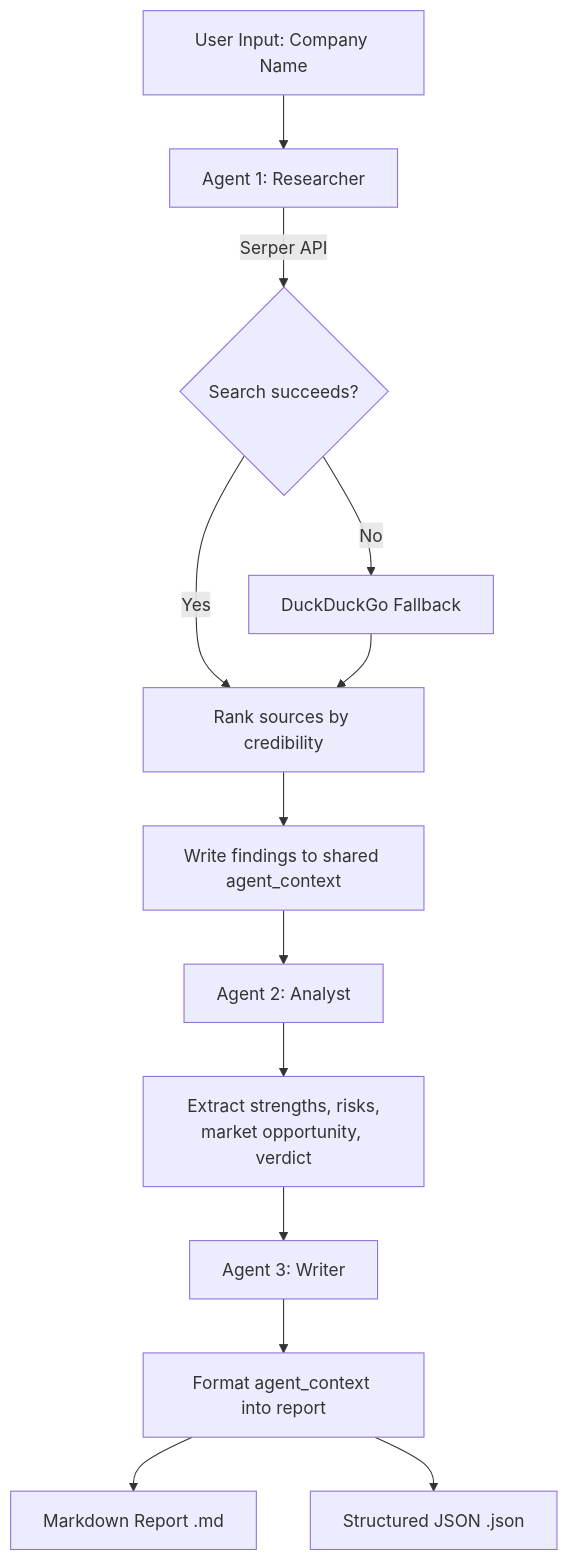
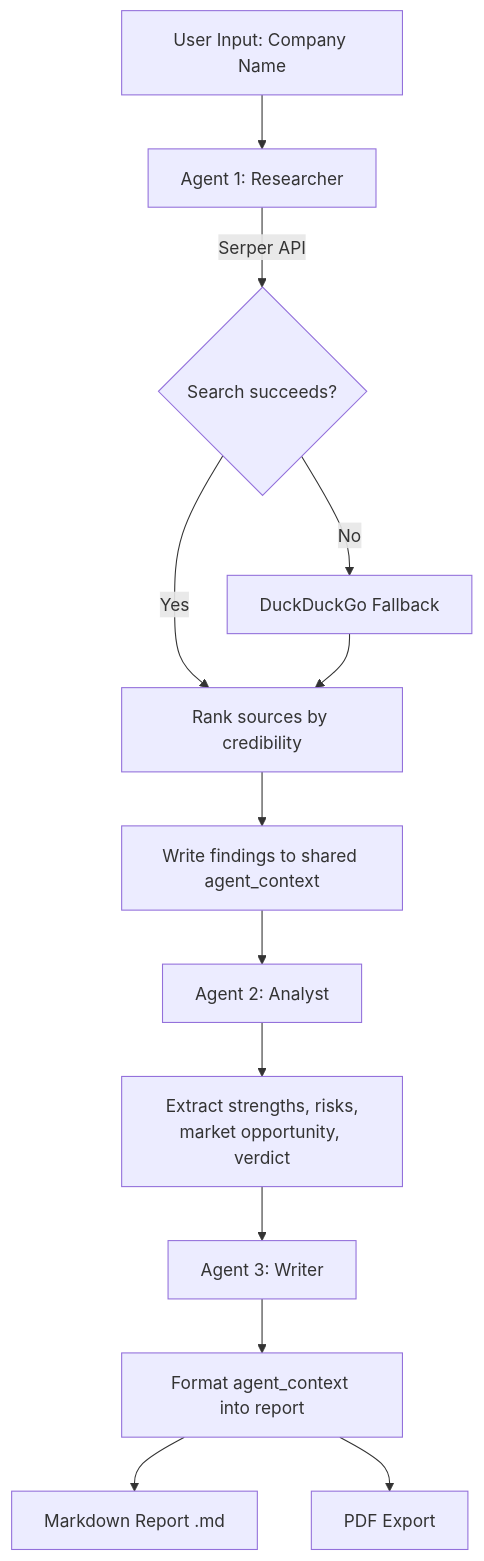
One commit to ayush-s-tomar/startupscope changed the diagram in README.md. Above: the diagram before and after it, drawn with Mermaid. The commit also changed other lines of this file, not shown here.

````diff
--- a/README.md
+++ b/README.md
@@ -121,15 +134,15 @@
 ```mermaid
 flowchart TD
     A[User Input: Company Name] --> B[Agent 1: Researcher]
     B -->|Serper API| C{Search succeeds?}
     C -->|No| D[DuckDuckGo Fallback]
     C -->|Yes| E[Rank sources by credibility]
     D --> E
     E --> F[Write findings to shared agent_context]
     F --> G[Agent 2: Analyst]
     G --> H[Extract strengths, risks,<br/>market opportunity, verdict]
     H --> I[Agent 3: Writer]
     I --> J[Format agent_context into report]
     J --> K[Markdown Report .md]
-    J --> L[Structured JSON .json]
+    J --> L[PDF Export]
 ```
````
